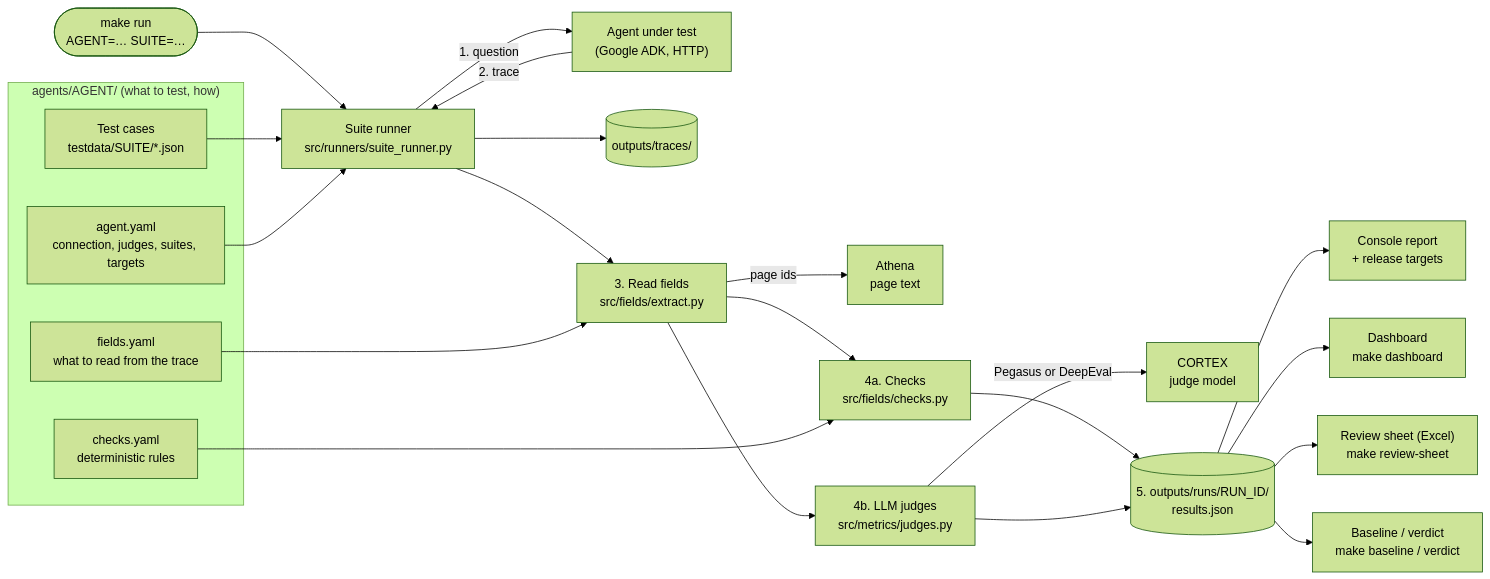
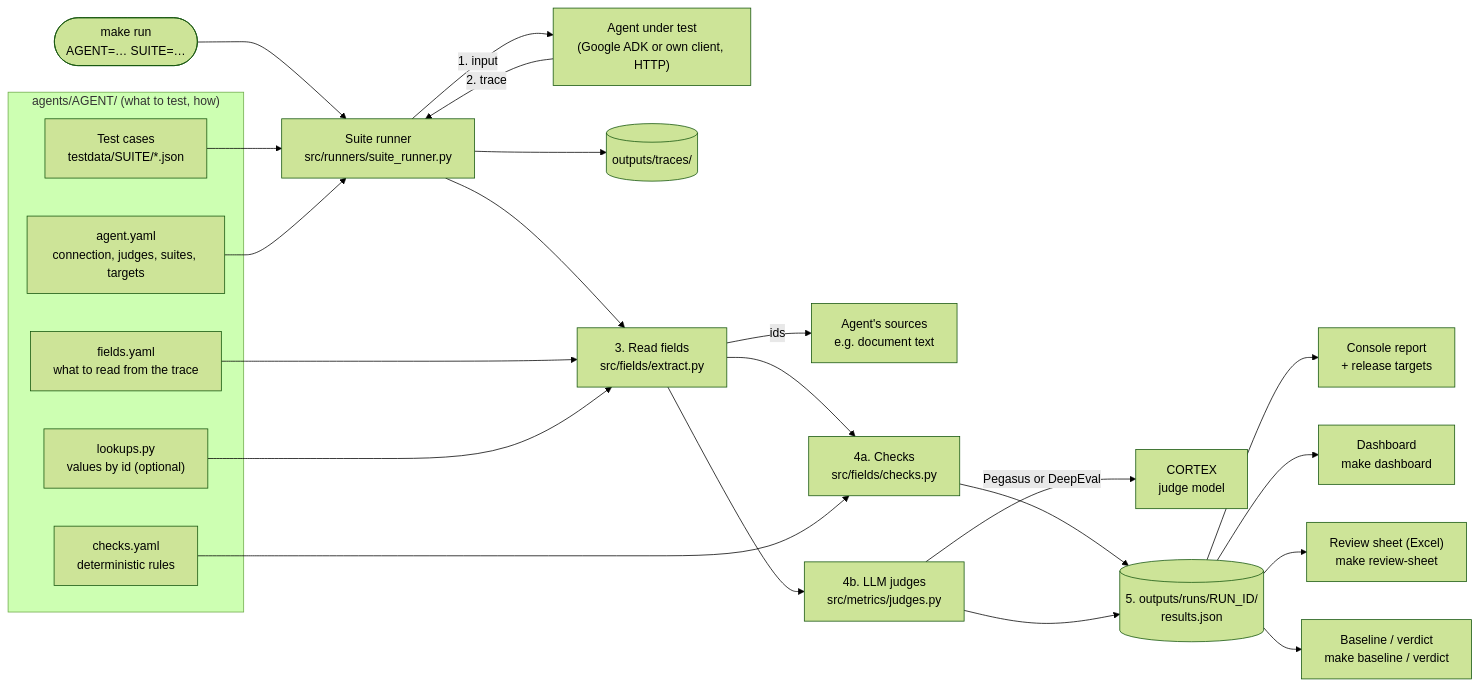
Before and after one commit to automationByVamsi/ai-eval-suite: the first of 2 diagrams in README.md, drawn with Mermaid (forest theme). The commit also changed other lines of this file and 2 other files, not shown here.

First line of the commit message:
README: agent-agnostic project README + agents/knowledge_agent/README.md

````diff
--- a/README.md
+++ b/README.md
@@ -52,34 +76,36 @@
 ```mermaid
 flowchart LR
     subgraph REPO["agents/AGENT/  (what to test, how)"]
         TC["Test cases<br/>testdata/SUITE/*.json"]
         AY["agent.yaml<br/>connection, judges, suites, targets"]
         FY["fields.yaml<br/>what to read from the trace"]
         CY["checks.yaml<br/>deterministic rules"]
+        LK["lookups.py<br/>values by id (optional)"]
     end
 
     CMD(["make run<br/>AGENT=… SUITE=…"]) --> RUN["Suite runner<br/>src/runners/suite_runner.py"]
     TC --> RUN
     AY --> RUN
 
-    RUN -- "1. question" --> KA["Agent under test<br/>(Google ADK, HTTP)"]
-    KA -- "2. trace" --> RUN
+    RUN -- "1. input" --> AG["Agent under test<br/>(Google ADK or own client, HTTP)"]
+    AG -- "2. trace" --> RUN
     RUN --> SAVE[("outputs/traces/")]
 
     RUN --> EX["3. Read fields<br/>src/fields/extract.py"]
     FY --> EX
-    EX -- "page ids" --> ATH["Athena<br/>page text"]
+    LK --> EX
+    EX -- "ids" --> SRC["Agent's sources<br/>e.g. document text"]
 
     EX --> CHK["4a. Checks<br/>src/fields/checks.py"]
     CY --> CHK
     EX --> JDG["4b. LLM judges<br/>src/metrics/judges.py"]
     JDG -- "Pegasus or DeepEval" --> CX["CORTEX<br/>judge model"]
 
     CHK --> RES[("5. outputs/runs/RUN_ID/<br/>results.json")]
     JDG --> RES
 
     RES --> CON["Console report<br/>+ release targets"]
     RES --> DASH["Dashboard<br/>make dashboard"]
     RES --> REV["Review sheet (Excel)<br/>make review-sheet"]
     RES --> BV["Baseline / verdict<br/>make baseline / verdict"]
 ```
````
